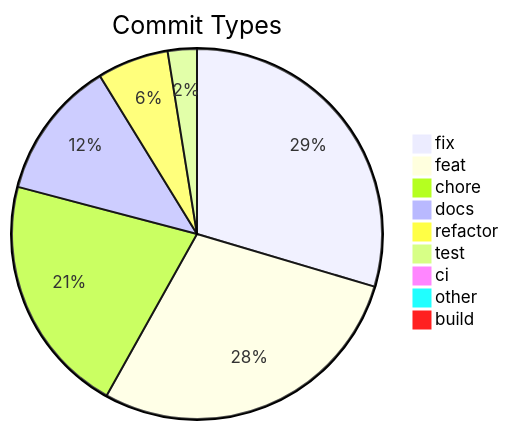
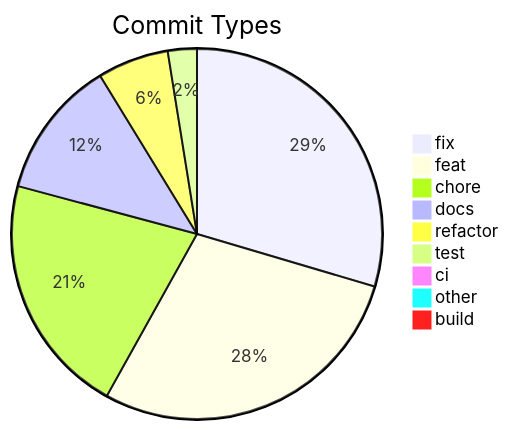
Before and after one commit to svenroth-ai/shipwright: the diagram in .shipwright/compliance/change-history.md, drawn with Mermaid. The commit also changed other lines of this file and 9 other files, not shown here.

````diff
--- a/.shipwright/compliance/change-history.md
+++ b/.shipwright/compliance/change-history.md
@@ -10,12 +10,12 @@
 ```mermaid
 pie title Commit Types
-    "fix" : 361
-    "feat" : 348
-    "chore" : 256
+    "fix" : 362
+    "feat" : 349
+    "chore" : 258
     "docs" : 148
     "refactor" : 76
     "test" : 31
     "ci" : 11
     "other" : 9
     "build" : 1
 ```
````
